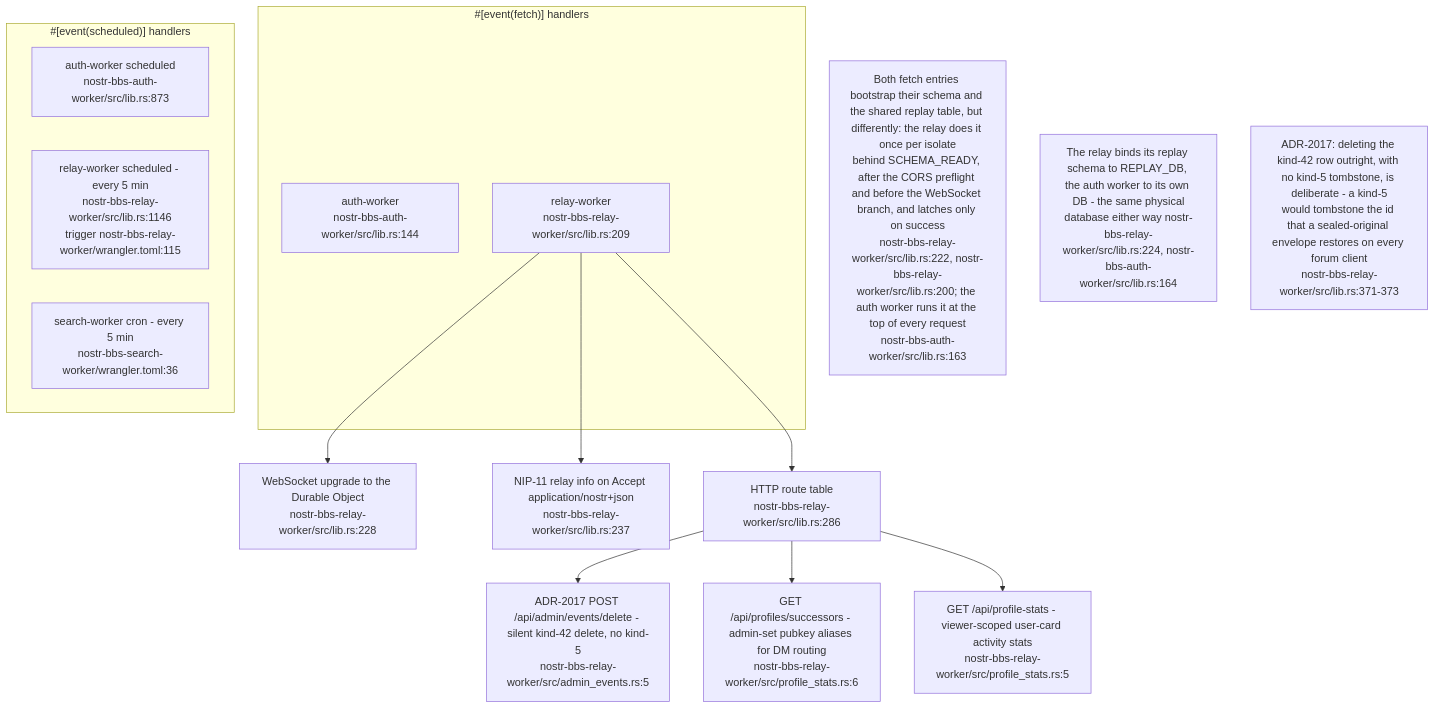
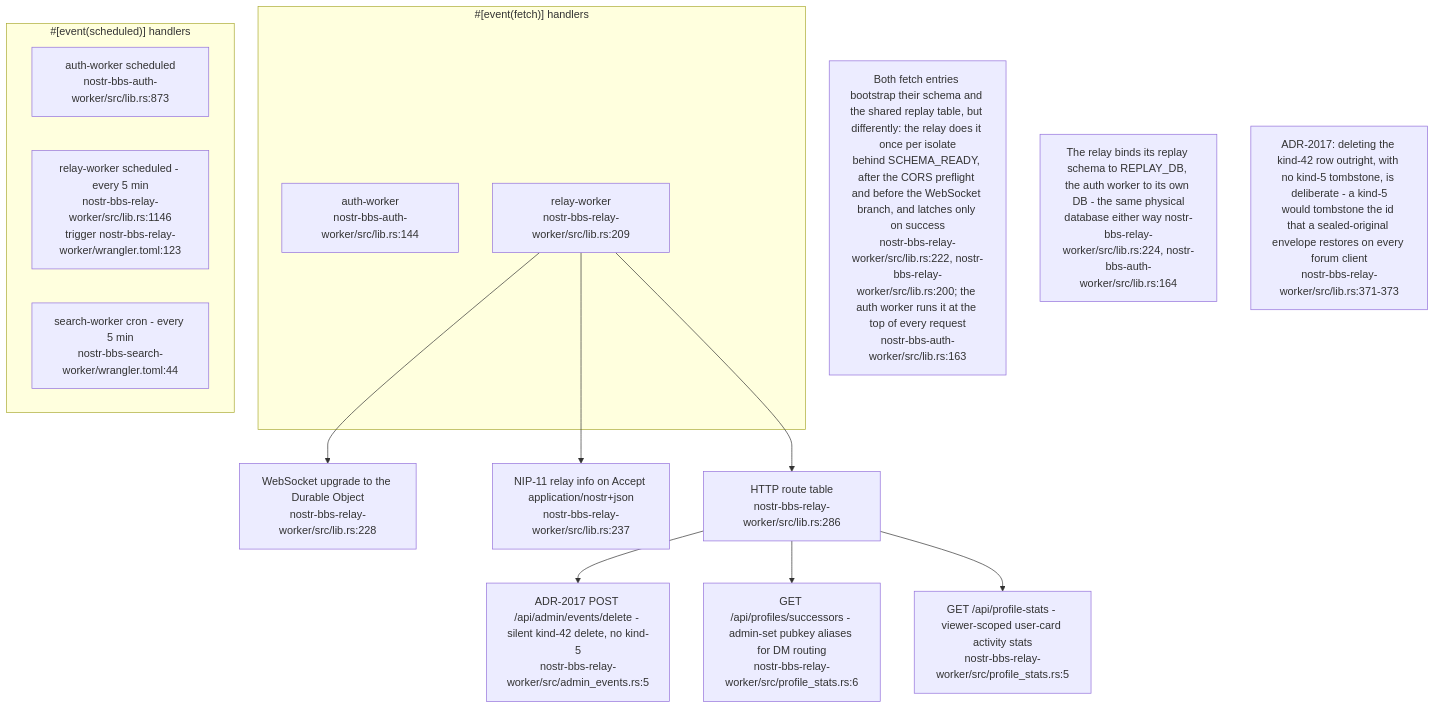
The third of 6 diagrams in docs/diagrams/nostr-rust-forum/01-workspace-and-worker-topology.md (DreamLab-AI/VisionFlow), drawn with Mermaid before and after one commit. The commit also changed other lines of this file and 145 other files, not shown here.

````diff
--- a/docs/diagrams/nostr-rust-forum/01-workspace-and-worker-topology.md
+++ b/docs/diagrams/nostr-rust-forum/01-workspace-and-worker-topology.md
@@ -122,29 +122,29 @@
 ```mermaid
 flowchart TB
     subgraph fetchentry["#[event(fetch)] handlers"]
         A["auth-worker<br/>nostr-bbs-auth-worker/src/lib.rs:144"]
         R["relay-worker<br/>nostr-bbs-relay-worker/src/lib.rs:209"]
     end
     subgraph cronentry["#[event(scheduled)] handlers"]
         AC["auth-worker scheduled<br/>nostr-bbs-auth-worker/src/lib.rs:873"]
-        RC["relay-worker scheduled - every 5 min<br/>nostr-bbs-relay-worker/src/lib.rs:1146<br/>trigger nostr-bbs-relay-worker/wrangler.toml:115"]
-        SC["search-worker cron - every 5 min<br/>nostr-bbs-search-worker/wrangler.toml:36"]
+        RC["relay-worker scheduled - every 5 min<br/>nostr-bbs-relay-worker/src/lib.rs:1146<br/>trigger nostr-bbs-relay-worker/wrangler.toml:123"]
+        SC["search-worker cron - every 5 min<br/>nostr-bbs-search-worker/wrangler.toml:44"]
     end
     WSUP["WebSocket upgrade to the Durable Object<br/>nostr-bbs-relay-worker/src/lib.rs:228"]
     NIP11["NIP-11 relay info on Accept application/nostr+json<br/>nostr-bbs-relay-worker/src/lib.rs:237"]
     HTTPR["HTTP route table<br/>nostr-bbs-relay-worker/src/lib.rs:286"]
     ADMDEL["ADR-2017 POST /api/admin/events/delete - silent kind-42 delete, no kind-5<br/>nostr-bbs-relay-worker/src/admin_events.rs:5"]
     SUCC["GET /api/profiles/successors - admin-set pubkey aliases for DM routing<br/>nostr-bbs-relay-worker/src/profile_stats.rs:6"]
     PSTATS["GET /api/profile-stats - viewer-scoped user-card activity stats<br/>nostr-bbs-relay-worker/src/profile_stats.rs:5"]
 
     R --> WSUP
     R --> NIP11
     R --> HTTPR
     HTTPR --> ADMDEL
     HTTPR --> SUCC
     HTTPR --> PSTATS
 
     N1["Both fetch entries bootstrap their schema and the shared replay table, but differently: the relay does it once per isolate<br/>behind SCHEMA_READY, after the CORS preflight and before the WebSocket branch, and latches only on success<br/>nostr-bbs-relay-worker/src/lib.rs:222, nostr-bbs-relay-worker/src/lib.rs:200; the auth worker runs it at the top of every request<br/>nostr-bbs-auth-worker/src/lib.rs:163"]
     N2["The relay binds its replay schema to REPLAY_DB, the auth worker to its own DB - the same physical<br/>database either way nostr-bbs-relay-worker/src/lib.rs:224, nostr-bbs-auth-worker/src/lib.rs:164"]
     N3["ADR-2017: deleting the kind-42 row outright, with no kind-5 tombstone, is deliberate - a kind-5<br/>would tombstone the id that a sealed-original envelope restores on every forum client<br/>nostr-bbs-relay-worker/src/lib.rs:371-373"]
 ```
````
